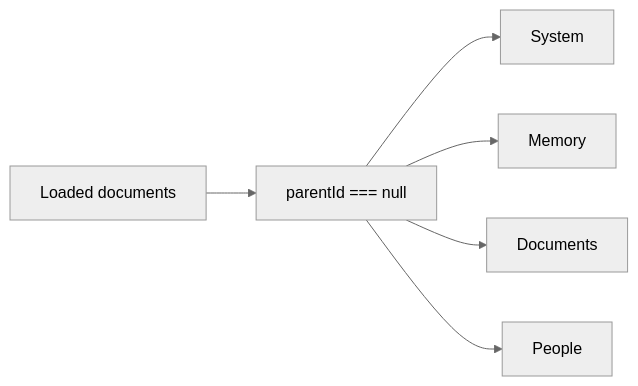
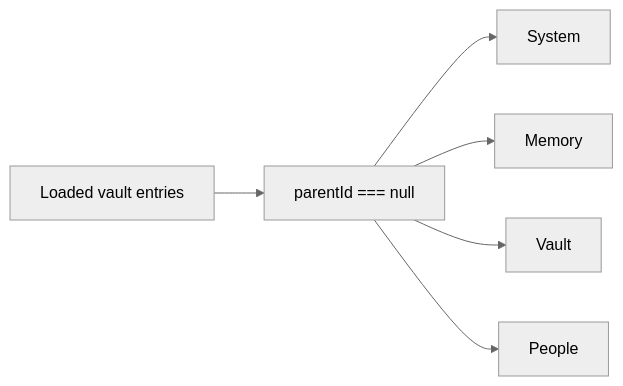
The third of 3 diagrams in doc/20260306-system-doc-store-migration.md (ex3ndr/daycare), drawn with Mermaid (neutral theme) before and after one commit. The commit also changed other lines of this file and 112 other files, not shown here.

Commit message:
refactor: rename documents surface to vault

````diff
--- a/doc/20260306-system-doc-store-migration.md
+++ b/doc/20260306-system-doc-store-migration.md
@@ -53,8 +53,8 @@
 ```mermaid
 flowchart LR
-    A[Loaded documents] --> B[parentId === null]
+    A[Loaded vault entries] --> B[parentId === null]
     B --> C[System]
     B --> D[Memory]
-    B --> E[Documents]
+    B --> E[Vault]
     B --> F[People]
 ```
````
